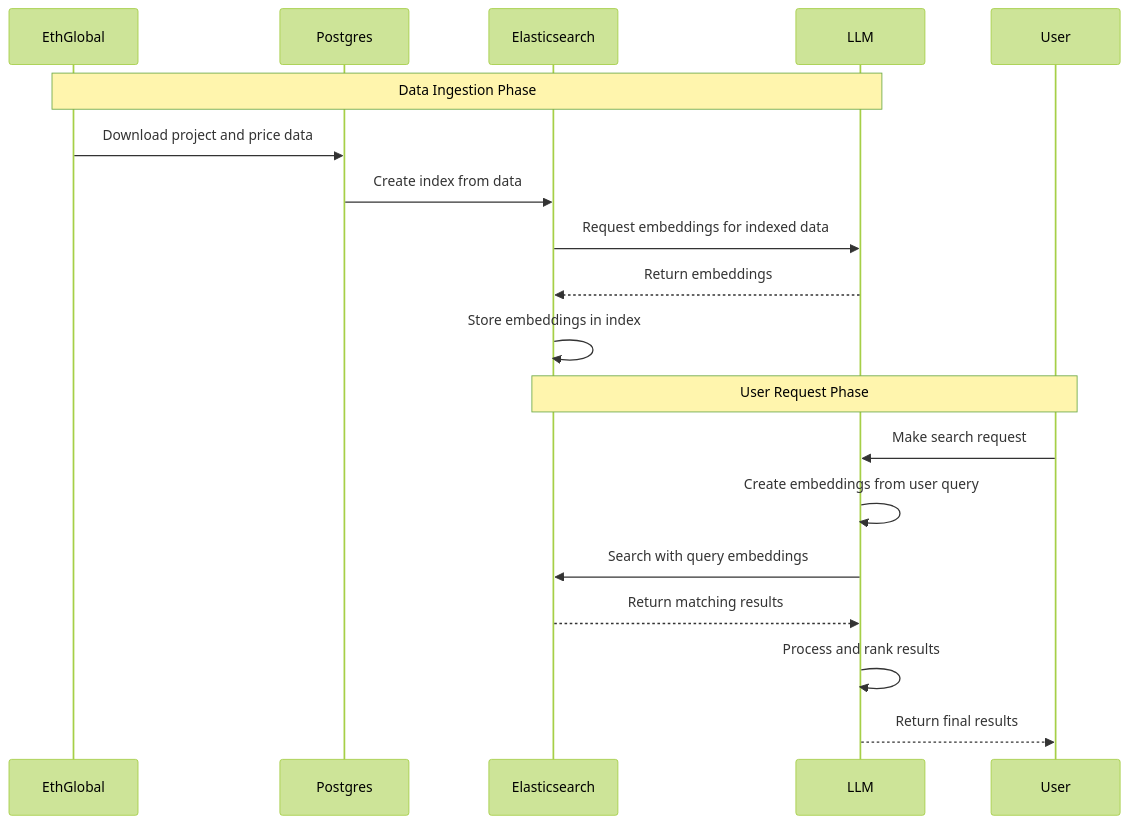
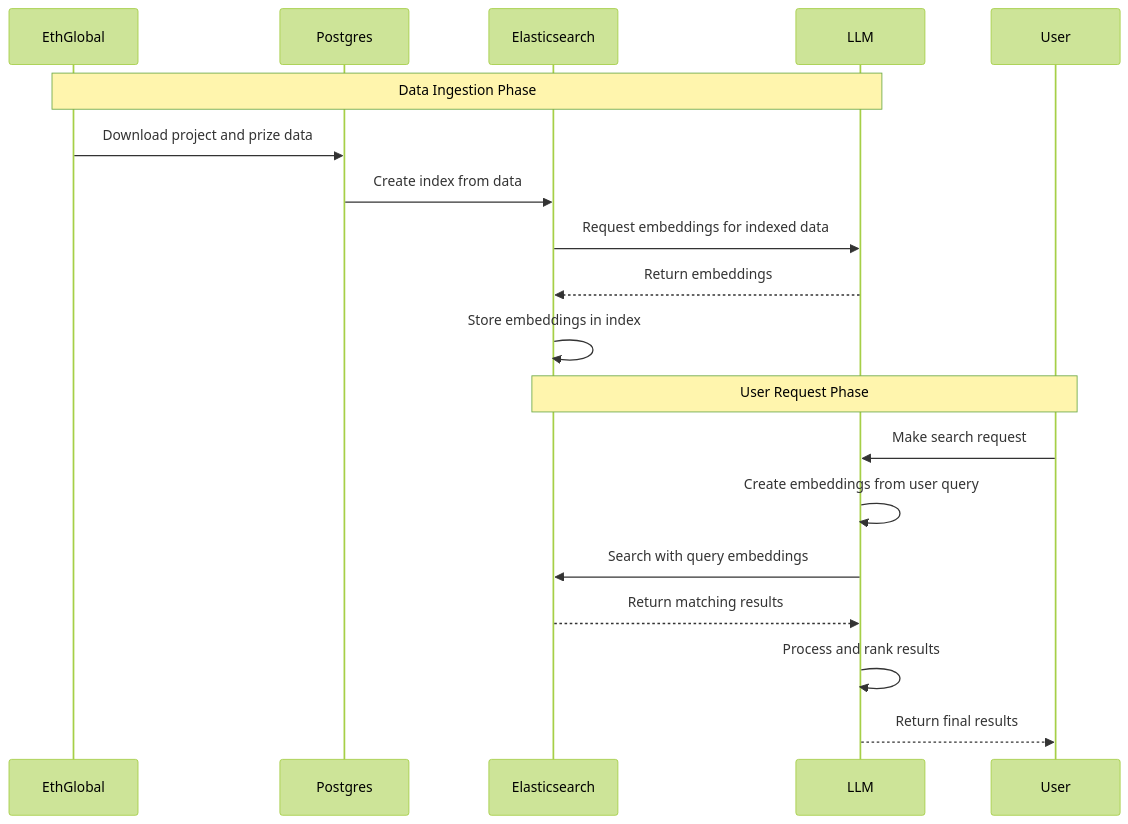
One commit to pauldev20/ethglobalsearch changed the diagram in README.md. Above: the diagram before and after it, drawn with Mermaid (forest theme).

Commit message:
Fix typo in README for 'prize' data

````diff
--- a/README.md
+++ b/README.md
@@ -15,23 +15,23 @@
 ```mermaid
 sequenceDiagram
     participant EthGlobal
     participant Postgres
     participant Elasticsearch
     participant LLM
     participant User
 
     Note over EthGlobal,LLM: Data Ingestion Phase
-    EthGlobal->>Postgres: Download project and price data
+    EthGlobal->>Postgres: Download project and prize data
     Postgres->>Elasticsearch: Create index from data
     Elasticsearch->>LLM: Request embeddings for indexed data
     LLM-->>Elasticsearch: Return embeddings
     Elasticsearch->>Elasticsearch: Store embeddings in index
 
     Note over Elasticsearch,User: User Request Phase
     User->>LLM: Make search request
     LLM->>LLM: Create embeddings from user query
     LLM->>Elasticsearch: Search with query embeddings
     Elasticsearch-->>LLM: Return matching results
     LLM->>LLM: Process and rank results
     LLM-->>User: Return final results
 ```
````
